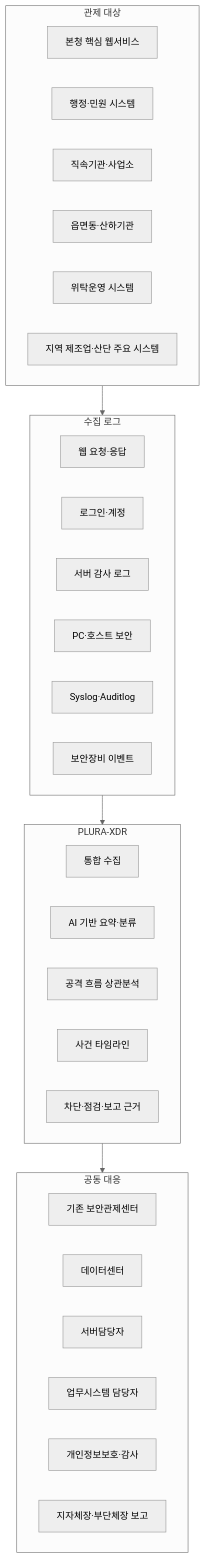
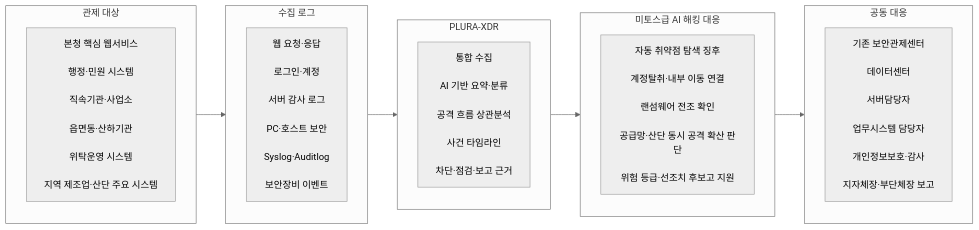
The second of 7 diagrams in ko/proposal/local-government/full.md (qubitsec/plura), drawn with Mermaid (neutral theme) before and after one commit. The commit also changed other lines of this file, not shown here.

````diff
--- a/ko/proposal/local-government/full.md
+++ b/ko/proposal/local-government/full.md
@@ -151,39 +162,24 @@
 ```mermaid
-flowchart TB
+flowchart LR
     subgraph Sources[관제 대상]
-        S1[본청 핵심 웹서비스]
-        S2[행정·민원 시스템]
-        S3[직속기관·사업소]
-        S4[읍면동·산하기관]
-        S5[위탁운영 시스템]
-        S6[지역 제조업·산단 주요 시스템]
+        S1["본청 핵심 웹서비스<br><br>행정·민원 시스템<br><br>직속기관·사업소<br><br>읍면동·산하기관<br><br>위탁운영 시스템<br><br>지역 제조업·산단 주요 시스템"]
     end
 
     subgraph Logs[수집 로그]
-        L1[웹 요청·응답]
-        L2[로그인·계정]
-        L3[서버 감사 로그]
-        L4[PC·호스트 보안]
-        L5[Syslog·Auditlog]
-        L6[보안장비 이벤트]
+        L1["웹 요청·응답<br><br>로그인·계정<br><br>서버 감사 로그<br><br>PC·호스트 보안<br><br>Syslog·Auditlog<br><br>보안장비 이벤트"]
     end
 
     subgraph PLURA[PLURA-XDR]
-        P1[통합 수집]
-        P2[AI 기반 요약·분류]
-        P3[공격 흐름 상관분석]
-        P4[사건 타임라인]
-        P5[차단·점검·보고 근거]
+        P1["통합 수집<br><br>AI 기반 요약·분류<br><br>공격 흐름 상관분석<br><br>사건 타임라인<br><br>차단·점검·보고 근거"]
+    end
+
+    subgraph Mythos[미토스급 AI 해킹 대응]
+        M1["자동 취약점 탐색 징후<br><br>계정탈취·내부 이동 연결<br><br>랜섬웨어 전조 확인<br><br>공급망·산단 동시 공격 확산 판단<br><br>위험 등급·선조치 후보고 지원"]
     end
 
     subgraph Response[공동 대응]
-        R1[기존 보안관제센터]
-        R2[데이터센터]
-        R3[서버담당자]
-        R4[업무시스템 담당자]
-        R5[개인정보보호·감사]
-        R6[지자체장·부단체장 보고]
+        R1["기존 보안관제센터<br><br>데이터센터<br><br>서버담당자<br><br>업무시스템 담당자<br><br>개인정보보호·감사<br><br>지자체장·부단체장 보고"]
     end
 
-    Sources --> Logs --> PLURA --> Response
+    Sources --> Logs --> PLURA --> Mythos --> Response
 ```
````
